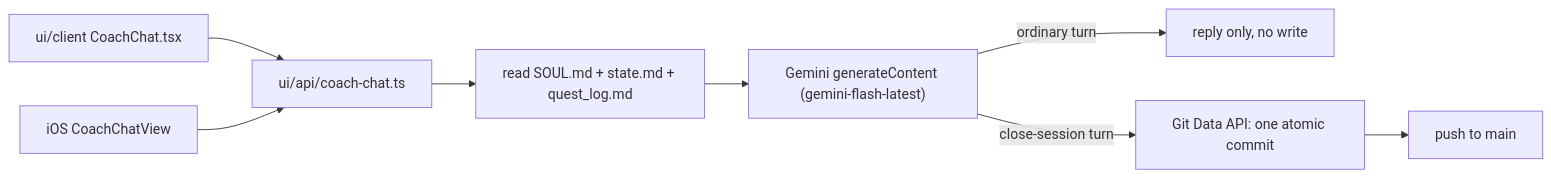
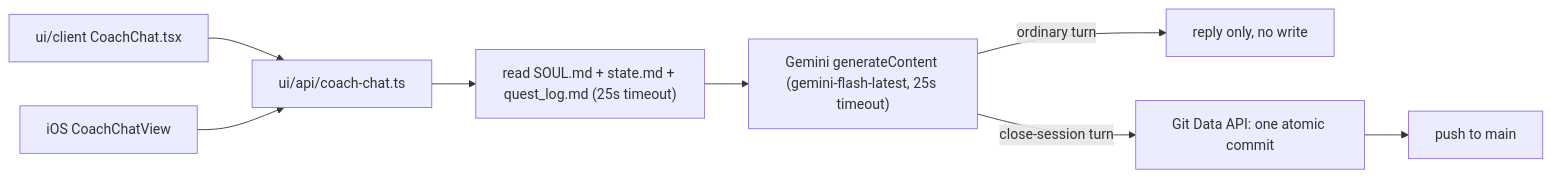
Before and after one commit to sibling-shipyard/coach-hq: the first of 2 diagrams in docs/eng-docs/coach-chat-flow.md, drawn with Mermaid. The commit also changed other lines of this file, not shown here.

First line of the commit message:
core: refresh coach-chat-flow doc to current state (#172-181) (#182)

````diff
--- a/docs/eng-docs/coach-chat-flow.md
+++ b/docs/eng-docs/coach-chat-flow.md
@@ -13,10 +14,10 @@
 ```mermaid
 flowchart LR
     web["ui/client CoachChat.tsx"] --> api["ui/api/coach-chat.ts"]
     ios["iOS CoachChatView"] --> api
-    api --> ctx["read SOUL.md + state.md + quest_log.md"]
-    ctx --> gemini["Gemini generateContent (gemini-flash-latest)"]
+    api --> ctx["read SOUL.md + state.md + quest_log.md (25s timeout)"]
+    ctx --> gemini["Gemini generateContent (gemini-flash-latest, 25s timeout)"]
     gemini -- "ordinary turn" --> reply["reply only, no write"]
     gemini -- "close-session turn" --> gitdata["Git Data API: one atomic commit"]
     gitdata --> repo["push to main"]
 ```
````
